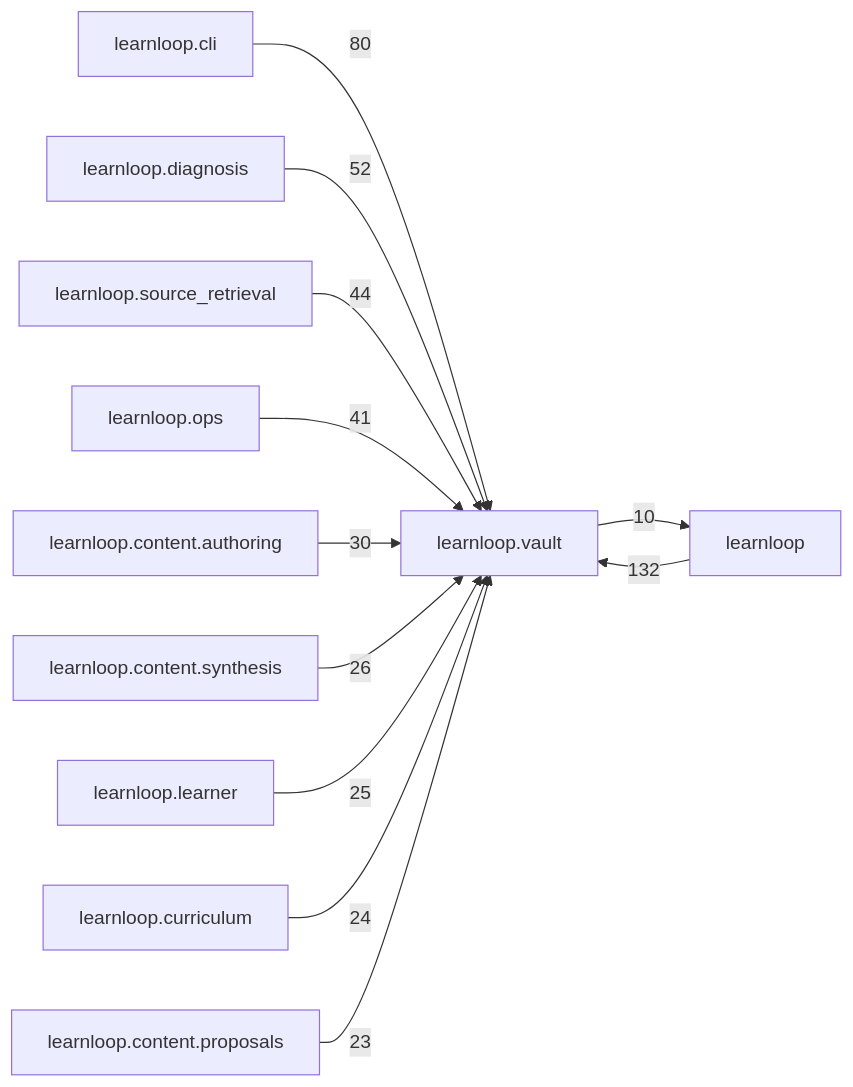
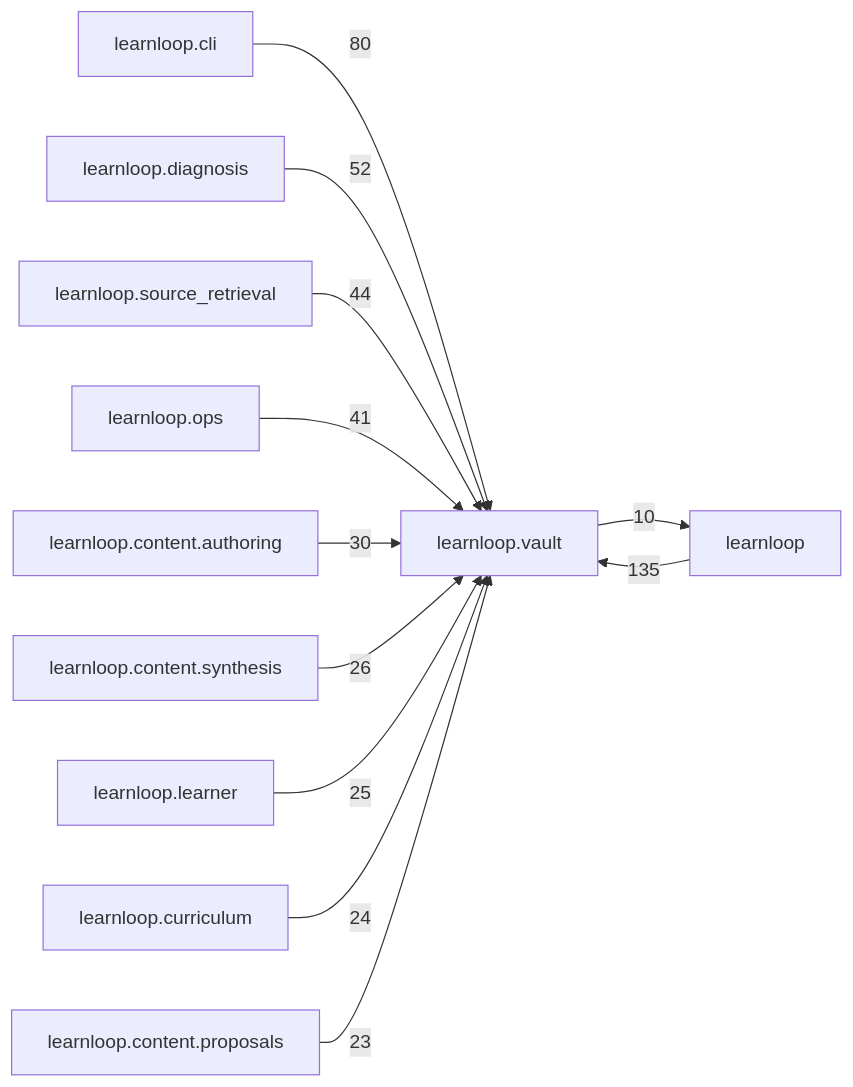
The diagram in docs/learnloop-architecture-vault/Reference/Modules/learnloop/vault/_package.md (6up-b/learnanything), drawn with Mermaid before and after one commit. The commit also changed other lines of this file and 542 other files, not shown here.

````diff
--- a/docs/learnloop-architecture-vault/Reference/Modules/learnloop/vault/_package.md
+++ b/docs/learnloop-architecture-vault/Reference/Modules/learnloop/vault/_package.md
@@ -139,25 +139,25 @@
 ```mermaid
 flowchart LR
     center["learnloop.vault"]
     n_learnloop["learnloop"]
     n_learnloop_cli["learnloop.cli"]
     n_learnloop_diagnosis["learnloop.diagnosis"]
     n_learnloop_source_retrieval["learnloop.source_retrieval"]
     n_learnloop_ops["learnloop.ops"]
     n_learnloop_content_authoring["learnloop.content.authoring"]
     n_learnloop_content_synthesis["learnloop.content.synthesis"]
     n_learnloop_learner["learnloop.learner"]
     n_learnloop_curriculum["learnloop.curriculum"]
     n_learnloop_content_proposals["learnloop.content.proposals"]
-    n_learnloop -->|132| center
+    n_learnloop -->|135| center
     center -->|10| n_learnloop
     n_learnloop_cli -->|80| center
     n_learnloop_diagnosis -->|52| center
     n_learnloop_source_retrieval -->|44| center
     n_learnloop_ops -->|41| center
     n_learnloop_content_authoring -->|30| center
     n_learnloop_content_synthesis -->|26| center
     n_learnloop_learner -->|25| center
     n_learnloop_curriculum -->|24| center
     n_learnloop_content_proposals -->|23| center
 ```
````
